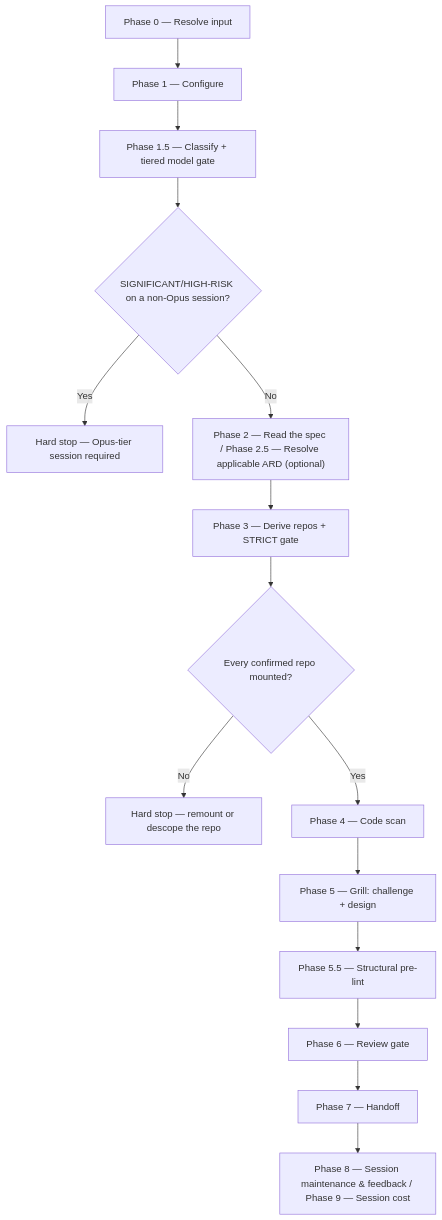
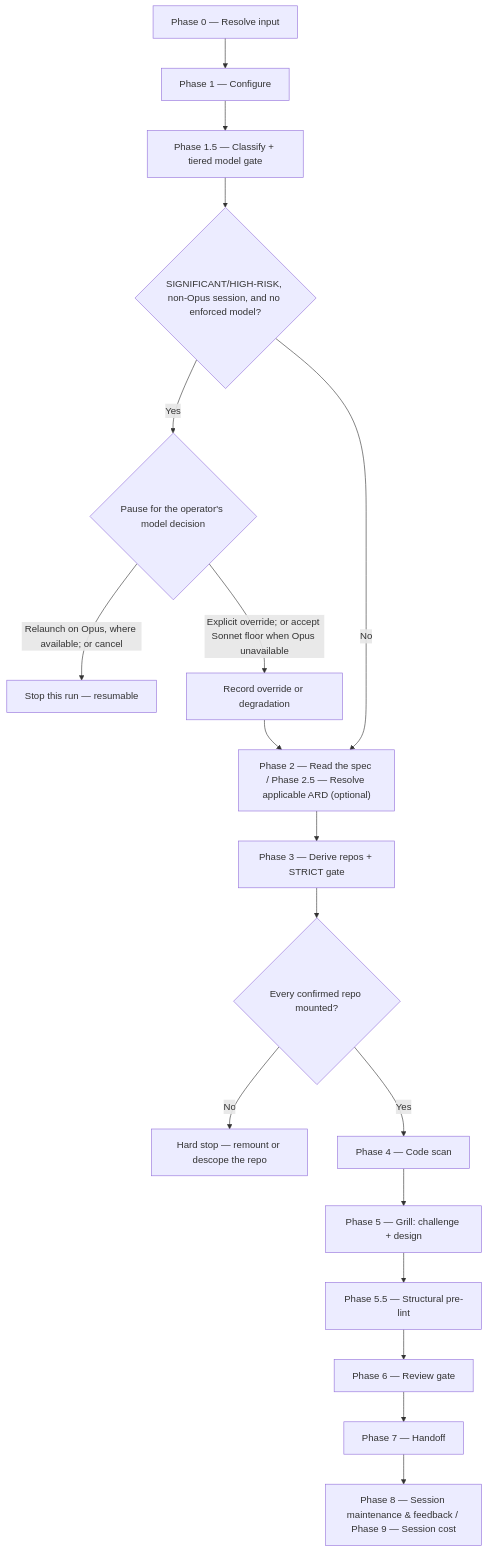
One commit to ihudak/ai-workflows changed the diagram in plugins/dev-workflows/docs/commands/design.md. Above: the diagram before and after it, drawn with Mermaid. The commit also changed other lines of this file and 10 other files, not shown here.

First line of the commit message:
docs: diagrams and workflow pages follow the commands they draw

````diff
--- a/plugins/dev-workflows/docs/commands/design.md
+++ b/plugins/dev-workflows/docs/commands/design.md
@@ -25,17 +25,20 @@
 ```mermaid
 flowchart TD
     p0["Phase 0 — Resolve input"] --> p1["Phase 1 — Configure"]
     p1 --> p15["Phase 1.5 — Classify + tiered model gate"]
-    p15 --> d1{"SIGNIFICANT/HIGH-RISK on a non-Opus session?"}
-    d1 -->|Yes| stop1["Hard stop — Opus-tier session required"]
+    p15 --> d1{"SIGNIFICANT/HIGH-RISK, non-Opus session, and no enforced model?"}
+    d1 -->|Yes| choice{"Pause for the operator's model decision"}
+    choice -->|"Relaunch on Opus, where available; or cancel"| stop1["Stop this run — resumable"]
+    choice -->|"Explicit override; or accept Sonnet floor when Opus unavailable"| override["Record override or degradation"]
+    override --> p2
     d1 -->|No| p2["Phase 2 — Read the spec / Phase 2.5 — Resolve applicable ARD (optional)"]
     p2 --> p3["Phase 3 — Derive repos + STRICT gate"]
     p3 --> d2{"Every confirmed repo mounted?"}
     d2 -->|No| stop2["Hard stop — remount or descope the repo"]
     d2 -->|Yes| p4["Phase 4 — Code scan"]
     p4 --> p5["Phase 5 — Grill: challenge + design"]
     p5 --> p55["Phase 5.5 — Structural pre-lint"]
     p55 --> p6["Phase 6 — Review gate"]
     p6 --> p7["Phase 7 — Handoff"]
     p7 --> p89["Phase 8 — Session maintenance & feedback / Phase 9 — Session cost"]
 ```
````
